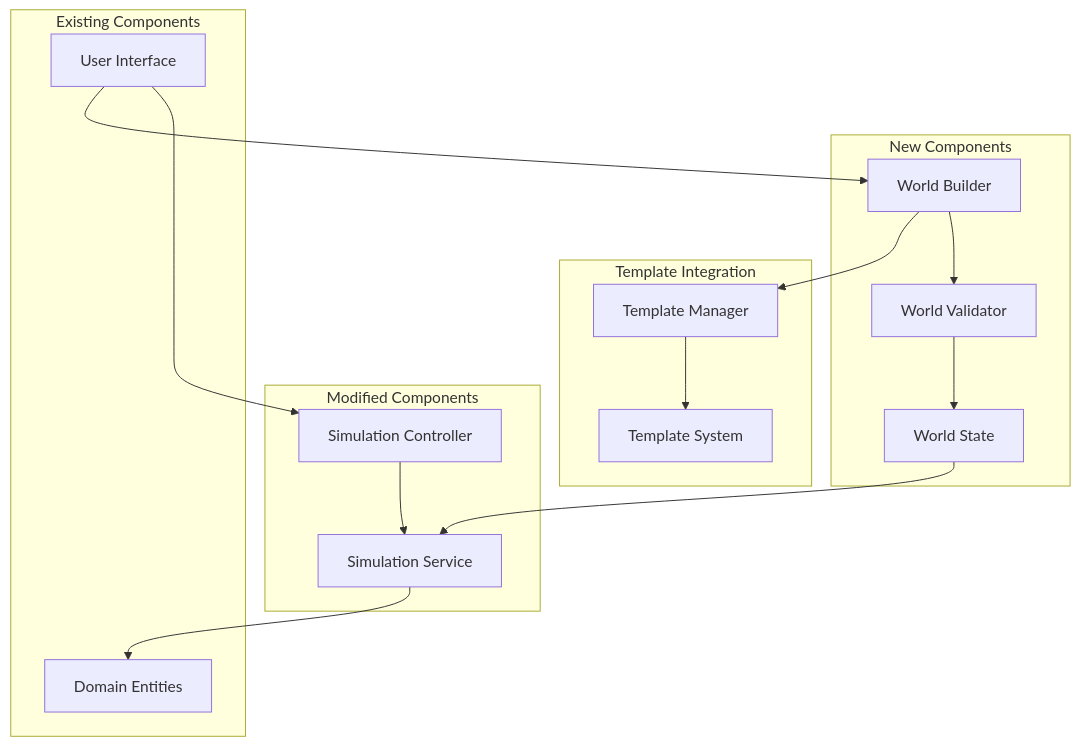
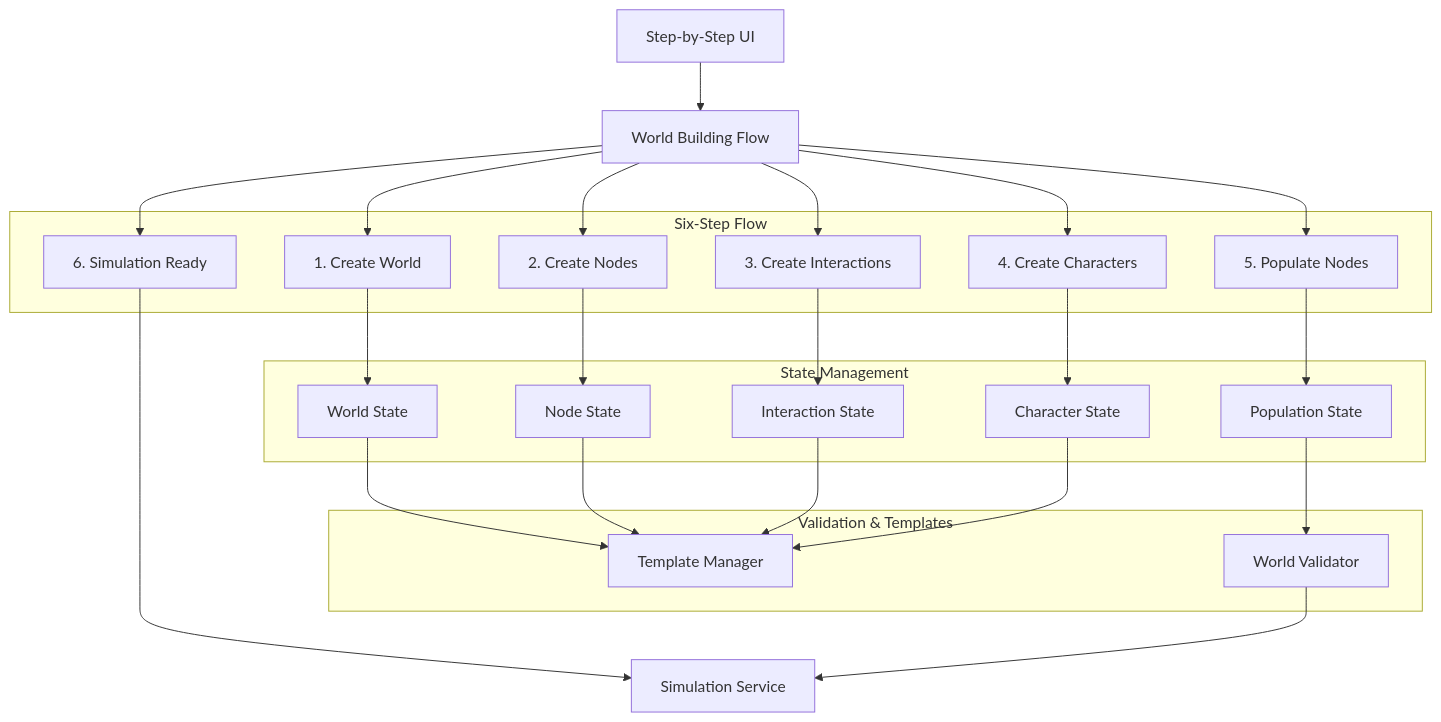
One commit to RobinsonDionte40hz/world-history-sim-engine changed the diagram in .kiro/specs/simulation-initialization-refactor/design.md. Above: the diagram before and after it, drawn with Mermaid. The commit also changed other lines of this file and 17 other files, not shown here.

First line of the commit message:
feat: implement manual world building system with template integration

````diff
--- a/.kiro/specs/simulation-initialization-refactor/design.md
+++ b/.kiro/specs/simulation-initialization-refactor/design.md
@@ -13,33 +13,46 @@
 ```mermaid
 graph TB
-    UI[User Interface] --> WB[World Builder]
-    UI --> SC[Simulation Controller]
-    WB --> TM[Template Manager]
-    WB --> WV[World Validator]
-    TM --> TS[Template System]
-    WV --> WS[World State]
-    WS --> SS[Simulation Service]
-    SC --> SS
-    SS --> DE[Domain Entities]
+    UI[Step-by-Step UI] --> WBF[World Building Flow]
+    WBF --> Step1[1. Create World]
+    WBF --> Step2[2. Create Nodes]
+    WBF --> Step3[3. Create Interactions]
+    WBF --> Step4[4. Create Characters]
+    WBF --> Step5[5. Populate Nodes]
+    WBF --> Step6[6. Simulation Ready]
     
-    subgraph "Template Integration"
-        TM
-        TS
+    Step1 --> WS[World State]
+    Step2 --> NS[Node State]
+    Step3 --> IS[Interaction State]
+    Step4 --> CS[Character State]
+    Step5 --> PS[Population State]
+    Step6 --> SS[Simulation Service]
+    
+    WS --> TM[Template Manager]
+    NS --> TM
+    IS --> TM
+    CS --> TM
+    PS --> WV[World Validator]
+    WV --> SS
+    
+    subgraph "Six-Step Flow"
+        Step1
+        Step2
+        Step3
+        Step4
+        Step5
+        Step6
     end
     
-    subgraph "New Components"
-        WB
-        WV
+    subgraph "State Management"
         WS
+        NS
+        IS
+        CS
+        PS
     end
     
-    subgraph "Modified Components"
-        SC
-        SS
-    end
-    
-    subgraph "Existing Components"
-        DE
-        UI
+    subgraph "Validation & Templates"
+        WV
+        TM
     end
 ```
````
